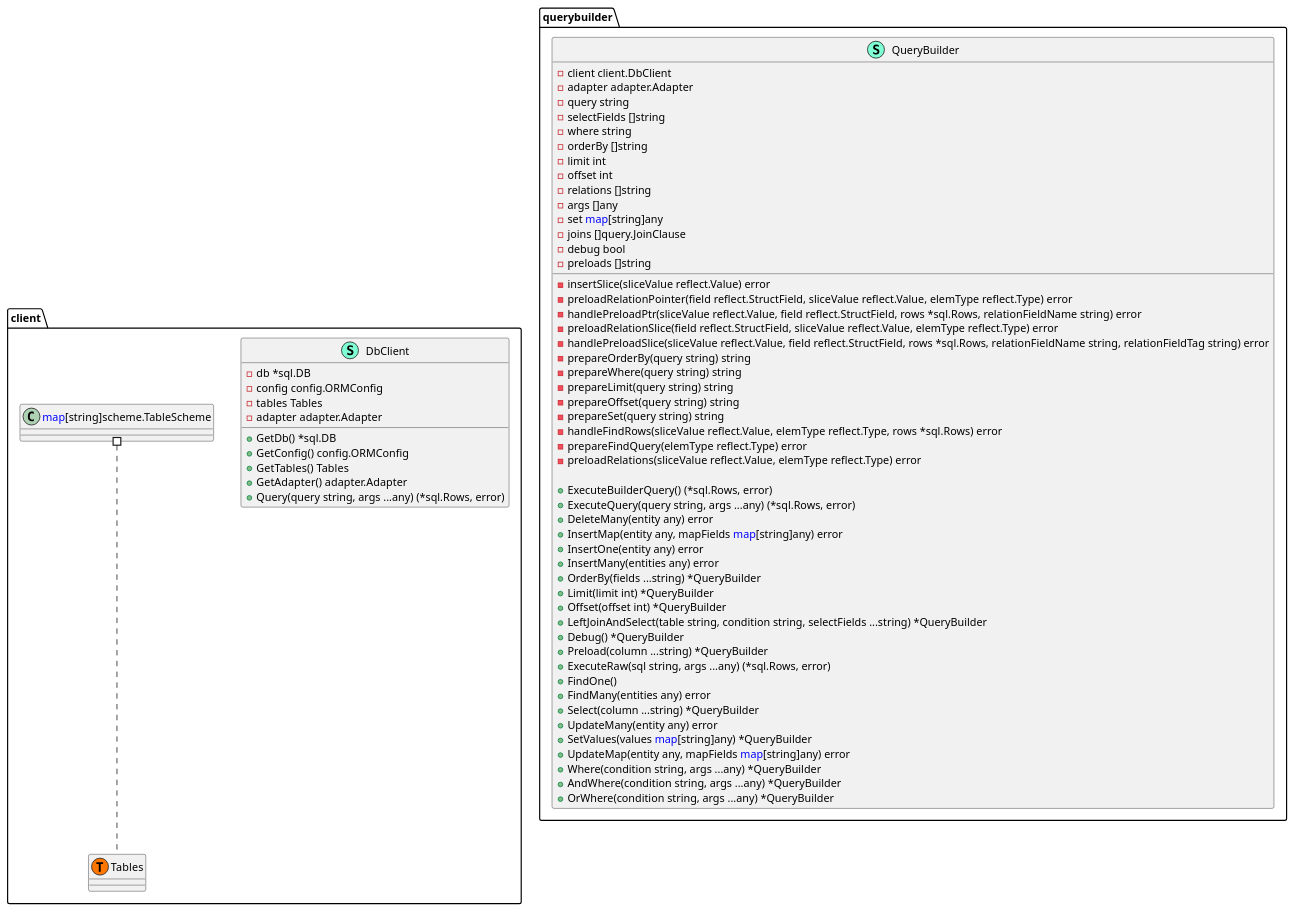
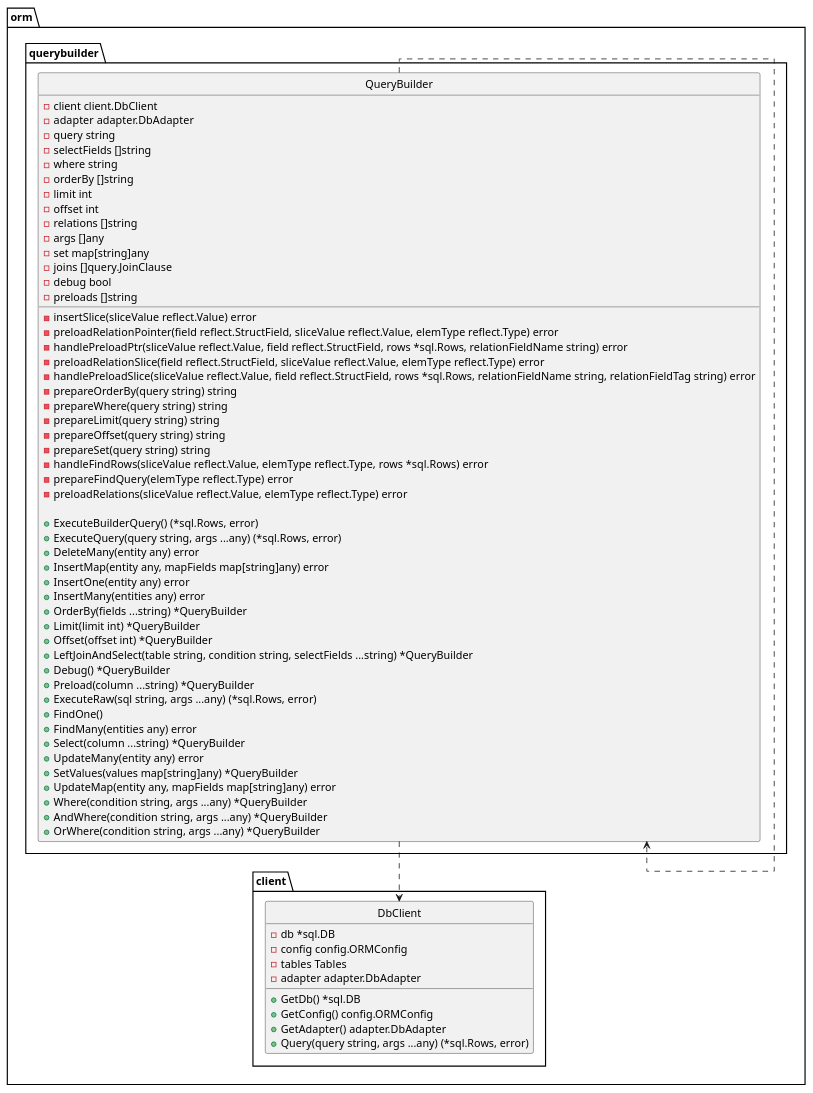
Before and after one commit to nonamecat19/go-orm: the diagram in diagrams/class/orm.puml, drawn with PlantUML. The commit also changed 21 other files, not shown here.

Commit message:
docs: update diagrams

```diff
--- a/diagrams/class/orm.puml
+++ b/diagrams/class/orm.puml
@@ -1,83 +1,80 @@
 @startuml
-namespace client {
-    class DbClient << (S,Aquamarine) >> {
-        - db *sql.DB
-        - config config.ORMConfig
-        - tables Tables
-        - adapter adapter.Adapter
 
-        + GetDb() *sql.DB
-        + GetConfig() config.ORMConfig
-        + GetTables() Tables
-        + GetAdapter() adapter.Adapter
-        + Query(query string, args ...any) (*sql.Rows, error)
+skinparam linetype ortho
+skinparam style strictuml
 
+package orm {
+    package client {
+        class DbClient << (S,Aquamarine) >> {
+            - db *sql.DB
+            - config config.ORMConfig
+            - tables Tables
+            - adapter adapter.DbAdapter
+
+            + GetDb() *sql.DB
+            + GetConfig() config.ORMConfig
+            + GetAdapter() adapter.DbAdapter
+            + Query(query string, args ...any) (*sql.Rows, error)
+        }
     }
-    class client.Tables << (T, #FF7700) >>  {
-    }
-    class "<font color=blue>map</font>[string]scheme.TableScheme" as fontcolorbluemapfontstringschemeTableScheme {
-        'This class was created so that we can correctly have an alias pointing to this name. Since it contains dots that can break namespaces
+
+    package querybuilder {
+        class QueryBuilder << (S,Aquamarine) >> {
+            - client client.DbClient
+            - adapter adapter.DbAdapter
+            - query string
+            - selectFields []string
+            - where string
+            - orderBy []string
+            - limit int
+            - offset int
+            - relations []string
+            - args []any
+            - set map[string]any
+            - joins []query.JoinClause
+            - debug bool
+            - preloads []string
+
+            - insertSlice(sliceValue reflect.Value) error
+            - preloadRelationPointer(field reflect.StructField, sliceValue reflect.Value, elemType reflect.Type) error
+            - handlePreloadPtr(sliceValue reflect.Value, field reflect.StructField, rows *sql.Rows, relationFieldName string) error
+            - preloadRelationSlice(field reflect.StructField, sliceValue reflect.Value, elemType reflect.Type) error
+            - handlePreloadSlice(sliceValue reflect.Value, field reflect.StructField, rows *sql.Rows, relationFieldName string, relationFieldTag string) error
+            - prepareOrderBy(query string) string
+            - prepareWhere(query string) string
+            - prepareLimit(query string) string
+            - prepareOffset(query string) string
+            - prepareSet(query string) string
+            - handleFindRows(sliceValue reflect.Value, elemType reflect.Type, rows *sql.Rows) error
+            - prepareFindQuery(elemType reflect.Type) error
+            - preloadRelations(sliceValue reflect.Value, elemType reflect.Type) error
+
+            + ExecuteBuilderQuery() (*sql.Rows, error)
+            + ExecuteQuery(query string, args ...any) (*sql.Rows, error)
+            + DeleteMany(entity any) error
+            + InsertMap(entity any, mapFields map[string]any) error
+            + InsertOne(entity any) error
+            + InsertMany(entities any) error
+            + OrderBy(fields ...string) *QueryBuilder
+            + Limit(limit int) *QueryBuilder
+            + Offset(offset int) *QueryBuilder
+            + LeftJoinAndSelect(table string, condition string, selectFields ...string) *QueryBuilder
+            + Debug() *QueryBuilder
+            + Preload(column ...string) *QueryBuilder
+            + ExecuteRaw(sql string, args ...any) (*sql.Rows, error)
+            + FindOne()
+            + FindMany(entities any) error
+            + Select(column ...string) *QueryBuilder
+            + UpdateMany(entity any) error
+            + SetValues(values map[string]any) *QueryBuilder
+            + UpdateMap(entity any, mapFields map[string]any) error
+            + Where(condition string, args ...any) *QueryBuilder
+            + AndWhere(condition string, args ...any) *QueryBuilder
+            + OrWhere(condition string, args ...any) *QueryBuilder
+        }
+        orm.querybuilder.QueryBuilder ..> orm.client.DbClient
+        orm.querybuilder.QueryBuilder ..> orm.querybuilder.QueryBuilder
     }
 }
 
-
-namespace querybuilder {
-    class QueryBuilder << (S,Aquamarine) >> {
-        - client client.DbClient
-        - adapter adapter.Adapter
-        - query string
-        - selectFields []string
-        - where string
-        - orderBy []string
-        - limit int
-        - offset int
-        - relations []string
-        - args []any
-        - set <font color=blue>map</font>[string]any
-        - joins []query.JoinClause
-        - debug bool
-        - preloads []string
-
-        - insertSlice(sliceValue reflect.Value) error
-        - preloadRelationPointer(field reflect.StructField, sliceValue reflect.Value, elemType reflect.Type) error
-        - handlePreloadPtr(sliceValue reflect.Value, field reflect.StructField, rows *sql.Rows, relationFieldName string) error
-        - preloadRelationSlice(field reflect.StructField, sliceValue reflect.Value, elemType reflect.Type) error
-        - handlePreloadSlice(sliceValue reflect.Value, field reflect.StructField, rows *sql.Rows, relationFieldName string, relationFieldTag string) error
-        - prepareOrderBy(query string) string
-        - prepareWhere(query string) string
-        - prepareLimit(query string) string
-        - prepareOffset(query string) string
-        - prepareSet(query string) string
-        - handleFindRows(sliceValue reflect.Value, elemType reflect.Type, rows *sql.Rows) error
-        - prepareFindQuery(elemType reflect.Type) error
-        - preloadRelations(sliceValue reflect.Value, elemType reflect.Type) error
-
-        + ExecuteBuilderQuery() (*sql.Rows, error)
-        + ExecuteQuery(query string, args ...any) (*sql.Rows, error)
-        + DeleteMany(entity any) error
-        + InsertMap(entity any, mapFields <font color=blue>map</font>[string]any) error
-        + InsertOne(entity any) error
-        + InsertMany(entities any) error
-        + OrderBy(fields ...string) *QueryBuilder
-        + Limit(limit int) *QueryBuilder
-        + Offset(offset int) *QueryBuilder
-        + LeftJoinAndSelect(table string, condition string, selectFields ...string) *QueryBuilder
-        + Debug() *QueryBuilder
-        + Preload(column ...string) *QueryBuilder
-        + ExecuteRaw(sql string, args ...any) (*sql.Rows, error)
-        + FindOne() 
-        + FindMany(entities any) error
-        + Select(column ...string) *QueryBuilder
-        + UpdateMany(entity any) error
-        + SetValues(values <font color=blue>map</font>[string]any) *QueryBuilder
-        + UpdateMap(entity any, mapFields <font color=blue>map</font>[string]any) error
-        + Where(condition string, args ...any) *QueryBuilder
-        + AndWhere(condition string, args ...any) *QueryBuilder
-        + OrWhere(condition string, args ...any) *QueryBuilder
-
-    }
-}
-
-
-"client.fontcolorbluemapfontstringschemeTableScheme" #.. "client.Tables"
 @enduml
```
